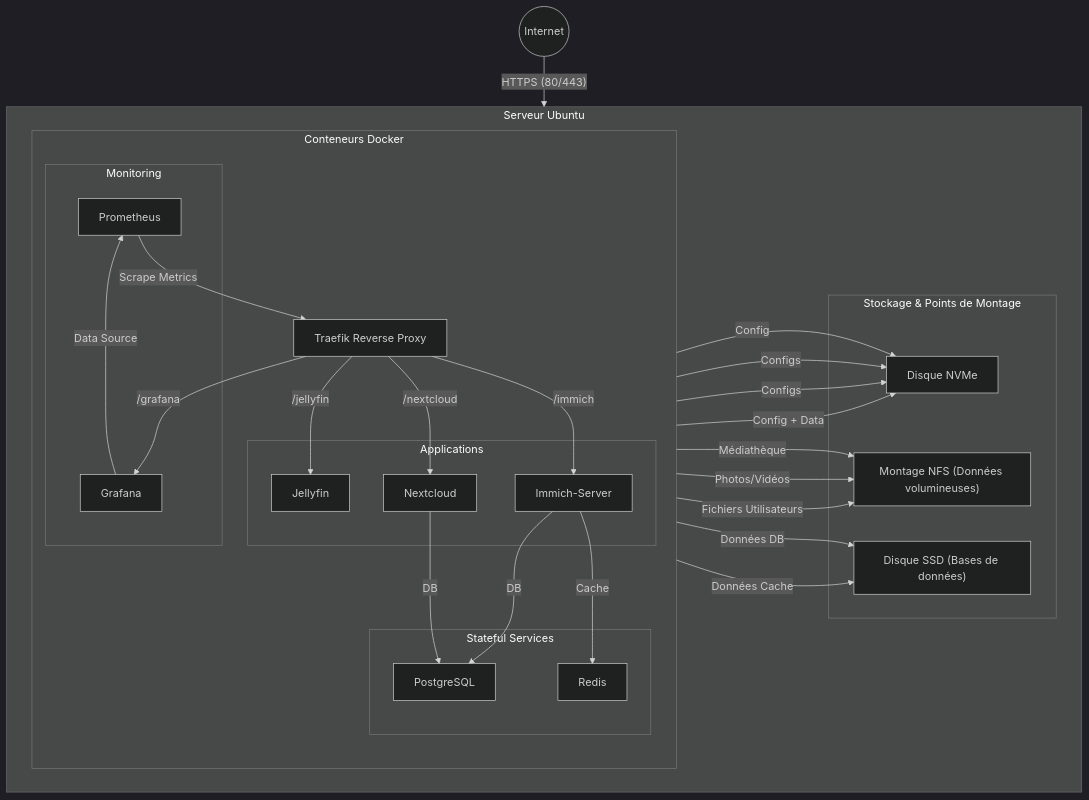
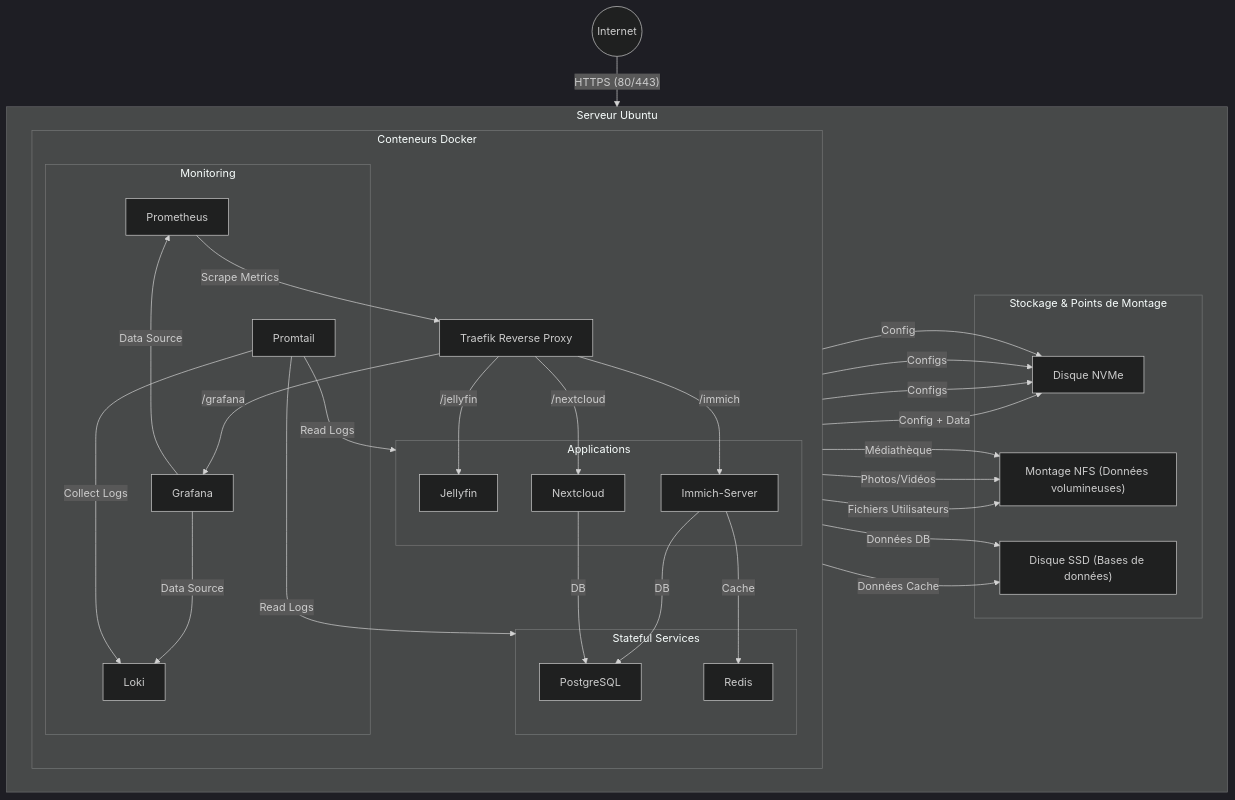
Before and after one commit to mrsolarius/EpiceaInfra: the second of 2 diagrams in README.md, drawn with Mermaid (dark theme).

Commit message:
Update README: Add Loki and Promtail to monitoring stack diagram

````diff
--- a/README.md
+++ b/README.md
@@ -47,58 +47,64 @@
 ```mermaid
 graph TD
     subgraph "Serveur Ubuntu"
         direction LR
         subgraph "Stockage & Points de Montage"
             NVME["Disque NVMe"]
             SSD["Disque SSD (Bases de données)"]
             NAS["Montage NFS (Données volumineuses)"]
         end
 
         subgraph "Conteneurs Docker"
             direction TB
             Traefik[Traefik Reverse Proxy]
 
             subgraph applications [Applications]
                 Jellyfin[Jellyfin]
                 Immich[Immich-Server]
                 Nextcloud[Nextcloud]
             end
 
             subgraph stateful [Stateful Services]
                 PostgreSQL[PostgreSQL]
                 Redis[Redis]
             end
 
             subgraph monitoring [Monitoring]
                 Prometheus[Prometheus]
                 Grafana[Grafana]
+                Loki[Loki]
+                Promtail[Promtail]
             end
         end
     end
 
     %% --- Flux Réseau ---
     Internet((Internet)) -- "HTTPS (80/443)" --> Traefik
     Traefik -- "/jellyfin" --> Jellyfin
     Traefik -- "/immich" --> Immich
     Traefik -- "/nextcloud" --> Nextcloud
     Traefik -- "/grafana" --> Grafana
 
     %% --- Flux Applicatifs ---
     Immich -- "DB" --> PostgreSQL
     Immich -- "Cache" --> Redis
     Nextcloud -- "DB" --> PostgreSQL
     Prometheus -- "Scrape Metrics" --> Traefik
     Grafana -- "Data Source" --> Prometheus
+    Grafana -- "Data Source" --> Loki
+    Promtail -- "Collect Logs" --> Loki
+    Promtail -- "Read Logs" --> applications
+    Promtail -- "Read Logs" --> stateful
 
     %% --- Montages de Volumes (Persistance des données) ---
     Traefik -- "Config" --> NVME
     applications -- "Configs" --> NVME
     stateful -- "Configs" --> NVME
     monitoring -- "Config + Data" --> NVME
 
     Jellyfin -- "Médiathèque" --> NAS
     Immich -- "Photos/Vidéos" --> NAS
     Nextcloud -- "Fichiers Utilisateurs" --> NAS
     PostgreSQL -- "Données DB" --> SSD
     Redis -- "Données Cache" --> SSD
 ```
````
